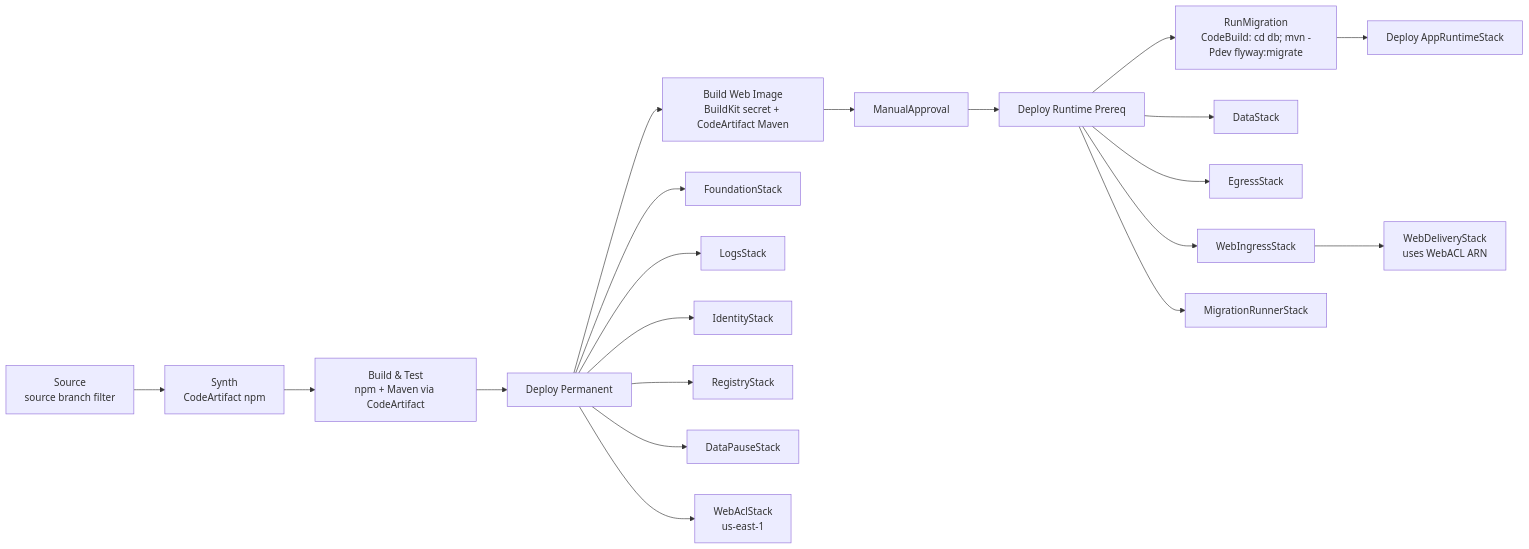
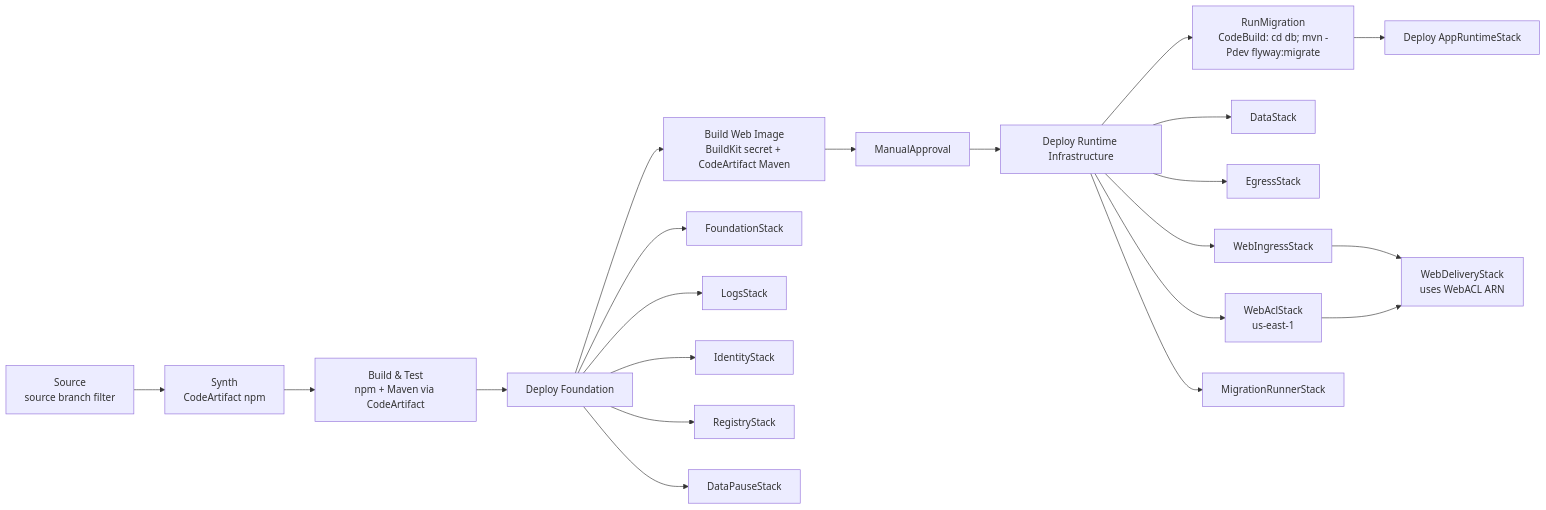
One commit to kyiwanami/workops changed the second of 4 diagrams in docs/implementation/phase2-beta/phases.md. Above: the diagram before and after it, drawn with Mermaid. The commit also changed 7 other files, not shown here.

Commit message:
fix(cdk): pass web acl via cross-region reference

````diff
--- a/docs/implementation/phase2-beta/phases.md
+++ b/docs/implementation/phase2-beta/phases.md
@@ -124,24 +124,25 @@
 ```mermaid
 flowchart LR
   Source["Source<br/>source branch filter"] --> Synth["Synth<br/>CodeArtifact npm"]
   Synth --> BuildTest["Build & Test<br/>npm + Maven via CodeArtifact"]
-  BuildTest --> Permanent["Deploy Permanent"]
-  Permanent --> BuildWeb["Build Web Image<br/>BuildKit secret + CodeArtifact Maven"]
+  BuildTest --> FoundationDeploy["Deploy Foundation"]
+  FoundationDeploy --> BuildWeb["Build Web Image<br/>BuildKit secret + CodeArtifact Maven"]
   BuildWeb --> Approval["ManualApproval"]
-  Approval --> Runtime["Deploy Runtime Prereq"]
+  Approval --> Runtime["Deploy Runtime Infrastructure"]
   Runtime --> Migration["RunMigration<br/>CodeBuild: cd db; mvn -Pdev flyway:migrate"]
   Migration --> App["Deploy AppRuntimeStack"]
 
-  Permanent --> Foundation["FoundationStack"]
-  Permanent --> Logs["LogsStack"]
-  Permanent --> Identity["IdentityStack"]
-  Permanent --> Registry["RegistryStack"]
-  Permanent --> DataPause["DataPauseStack"]
-  Permanent --> WebAcl["WebAclStack<br/>us-east-1"]
+  FoundationDeploy --> Foundation["FoundationStack"]
+  FoundationDeploy --> Logs["LogsStack"]
+  FoundationDeploy --> Identity["IdentityStack"]
+  FoundationDeploy --> Registry["RegistryStack"]
+  FoundationDeploy --> DataPause["DataPauseStack"]
 
   Runtime --> Data["DataStack"]
   Runtime --> Egress["EgressStack"]
+  Runtime --> WebAcl["WebAclStack<br/>us-east-1"]
   Runtime --> WebIngress["WebIngressStack"]
   WebIngress --> WebDelivery["WebDeliveryStack<br/>uses WebACL ARN"]
+  WebAcl --> WebDelivery
   Runtime --> MigrationRunner["MigrationRunnerStack"]
 ```
````
